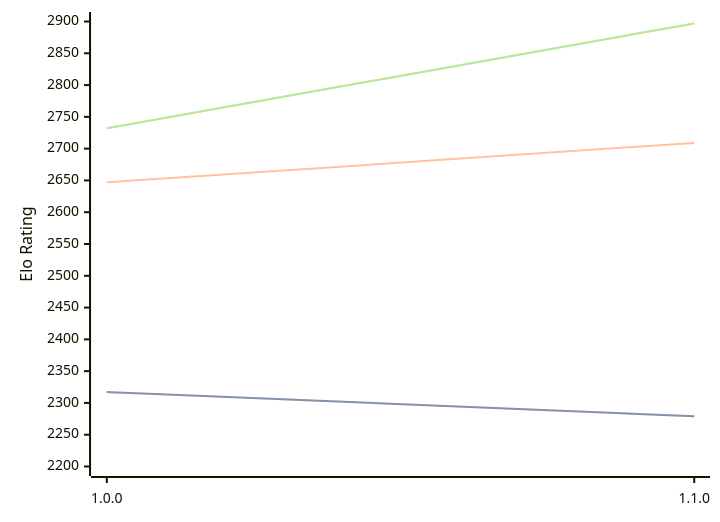
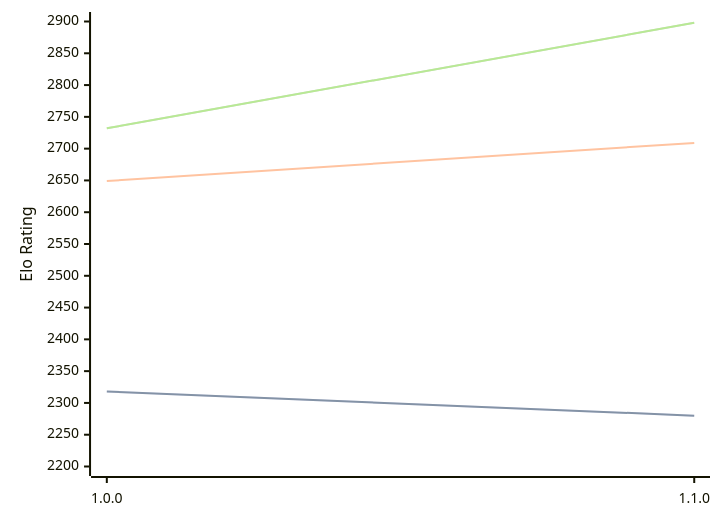
The diagram in engines/ShallowGuess.md (computer-chess-index/cci), drawn with Mermaid before and after one commit. The commit also changed other lines of this file, not shown here.

Commit message:
Update CCI Ratings (ELO VLTC) - 2026-07-24

````diff
--- a/engines/ShallowGuess.md
+++ b/engines/ShallowGuess.md
@@ -36,11 +36,11 @@
 ```mermaid
 %%{init: {"theme":"base","themeVariables":{"seriesColors:['#a3a3a3','#222221','#faa371']}}}%%
 xychart-beta
   x-axis ["1.0.0", "1.1.0"]
   y-axis "Elo Rating" 2200 --> 2900
-  line "STC (8.0+0.08s)" [2317, 2279]
-  line "STC (8.0+0.08s)" [2317, 2279]
-  line "LTC (60.0+0.60s)" [2647, 2709]
-  line "VLTC (2m24s+1.12s)" [2732, 2897]
-  line "VLTC (2m24s+1.12s)" [2732, 2897]
+  line "STC (8.0+0.08s)" [2318, 2280]
+  line "STC (8.0+0.08s)" [2318, 2280]
+  line "LTC (60.0+0.60s)" [2649, 2709]
+  line "VLTC (2m24s+1.12s)" [2732, 2898]
+  line "VLTC (2m24s+1.12s)" [2732, 2898]
 ```
````
